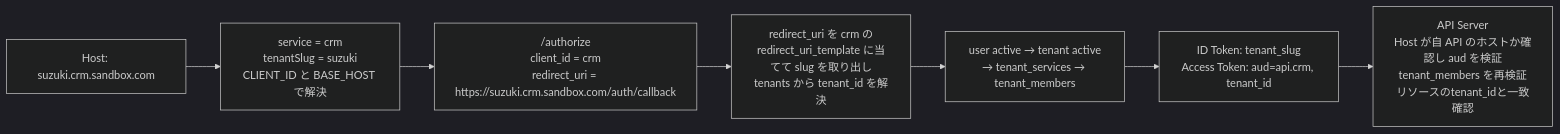
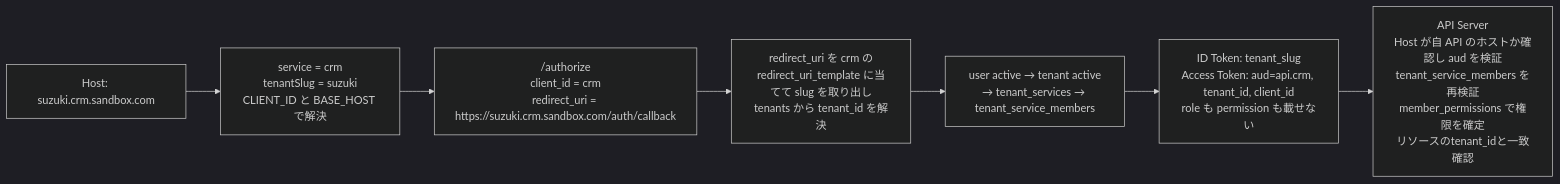
Before and after one commit to daisuke-tanabe/multi-domain-sandbox: the second of 2 diagrams in docs/design/01-system-architecture.md, drawn with Mermaid (dark theme). The commit also changed other lines of this file and 48 other files, not shown here.

````diff
--- a/docs/design/01-system-architecture.md
+++ b/docs/design/01-system-architecture.md
@@ -123,9 +125,9 @@
 ```mermaid
 flowchart LR
     Host["Host: suzuki.crm.sandbox.com"] --> Resolve["service = crm<br/>tenantSlug = suzuki<br/>CLIENT_ID と BASE_HOST で解決"]
     Resolve --> Req["/authorize<br/>client_id = crm<br/>redirect_uri = https://suzuki.crm.sandbox.com/auth/callback"]
     Req --> Tenant["redirect_uri を crm の<br/>redirect_uri_template に当てて slug を取り出し<br/>tenants から tenant_id を解決"]
-    Tenant --> Check["user active → tenant active<br/>→ tenant_services → tenant_members"]
-    Check --> Token["ID Token: tenant_slug<br/>Access Token: aud=api.crm, tenant_id"]
-    Token --> Api["API Server<br/>Host が自 API のホストか確認し aud を検証<br/>tenant_members を再検証<br/>リソースのtenant_idと一致確認"]
+    Tenant --> Check["user active → tenant active<br/>→ tenant_services → tenant_service_members"]
+    Check --> Token["ID Token: tenant_slug<br/>Access Token: aud=api.crm, tenant_id, client_id<br/>role も permission も載せない"]
+    Token --> Api["API Server<br/>Host が自 API のホストか確認し aud を検証<br/>tenant_service_members を再検証<br/>member_permissions で権限を確定<br/>リソースのtenant_idと一致確認"]
 ```
````
